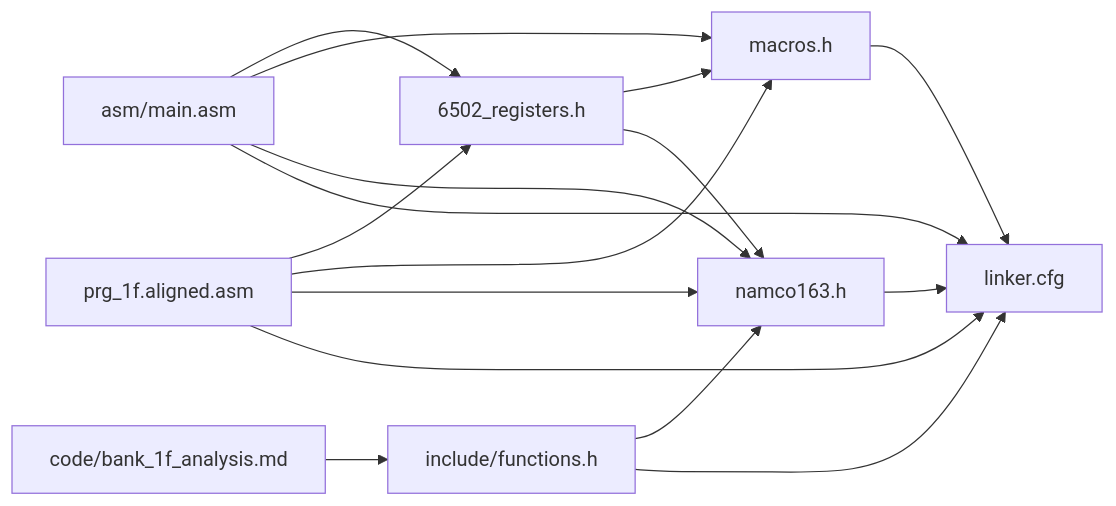
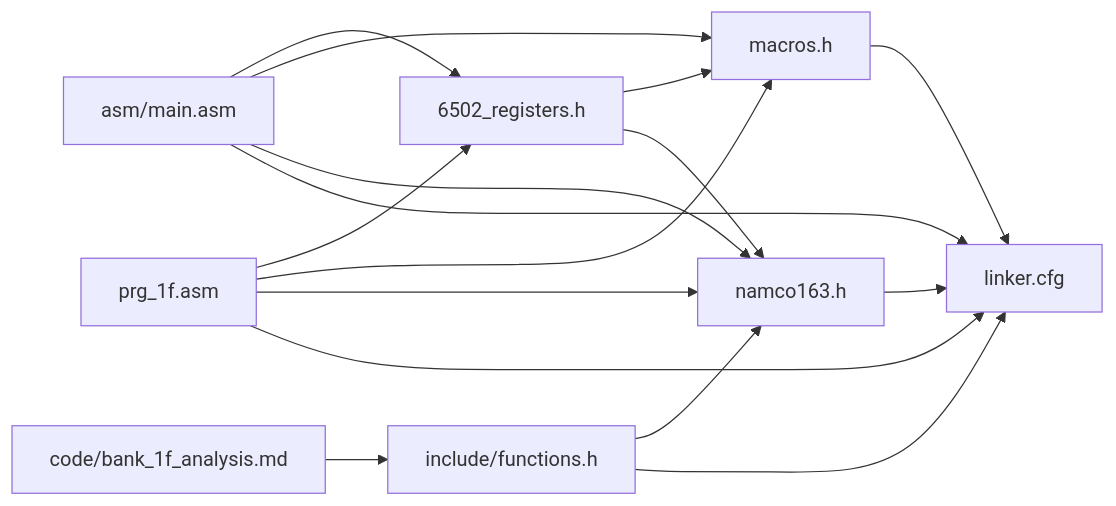
One commit to rabbyzero/sango2dasm changed the fifth of 5 diagrams in .qoder/repowiki/en/content/Hardware Abstraction Layer/Hardware Abstraction Layer.md. Above: the diagram before and after it, drawn with Mermaid. The commit also changed other lines of this file and 31 other files, not shown here.

Commit message:
prg bank $0a $0b WIP. rename prg_1f.aligned.asm to prg_1f.asm.

````diff
--- a/.qoder/repowiki/en/content/Hardware Abstraction Layer/Hardware Abstraction Layer.md
+++ b/.qoder/repowiki/en/content/Hardware Abstraction Layer/Hardware Abstraction Layer.md
@@ -374,18 +374,18 @@
 ```mermaid
 graph LR
 REGDEF["6502_registers.h"] --> MACROS["macros.h"]
 REGDEF --> NAMCO["namco163.h"]
 NAMCO --> LINKCFG["linker.cfg"]
 MACROS --> LINKCFG
 MAIN["asm/main.asm"] --> REGDEF
 MAIN --> MACROS
 MAIN --> NAMCO
 MAIN --> LINKCFG
-SOUND["prg_1f.aligned.asm"] --> REGDEF
+SOUND["prg_1f.asm"] --> REGDEF
 SOUND --> MACROS
 SOUND --> NAMCO
 SOUND --> LINKCFG
 HELPERS["include/functions.h"] --> NAMCO
 HELPERS --> LINKCFG
 ANALYSIS["code/bank_1f_analysis.md"] --> HELPERS
 ```
````
